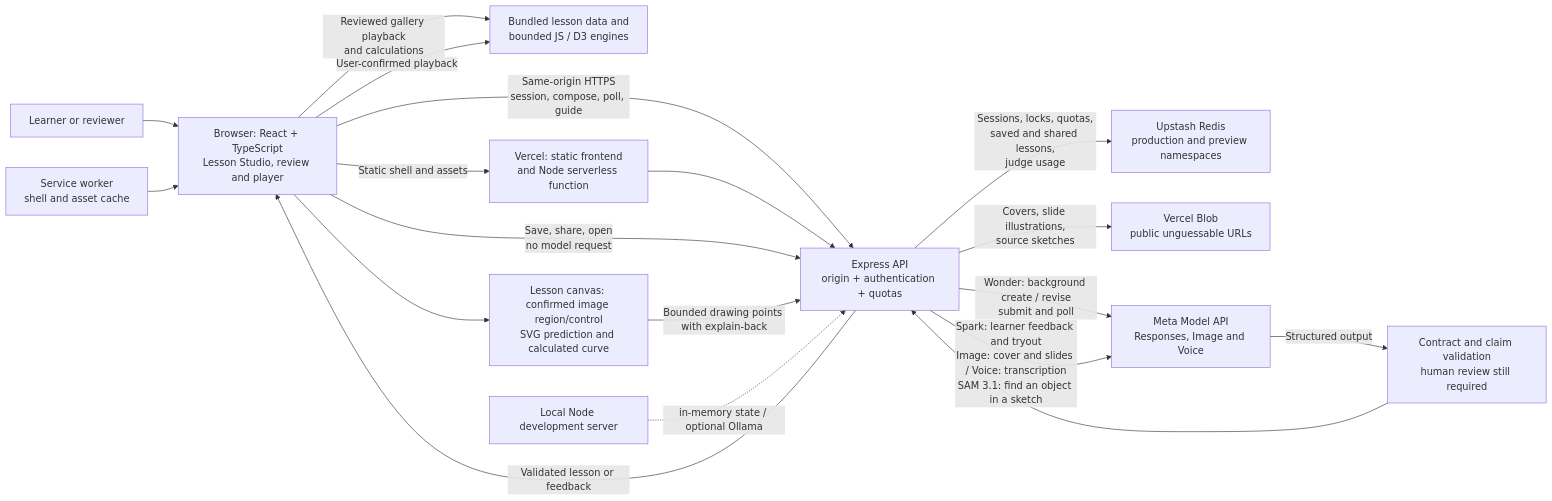
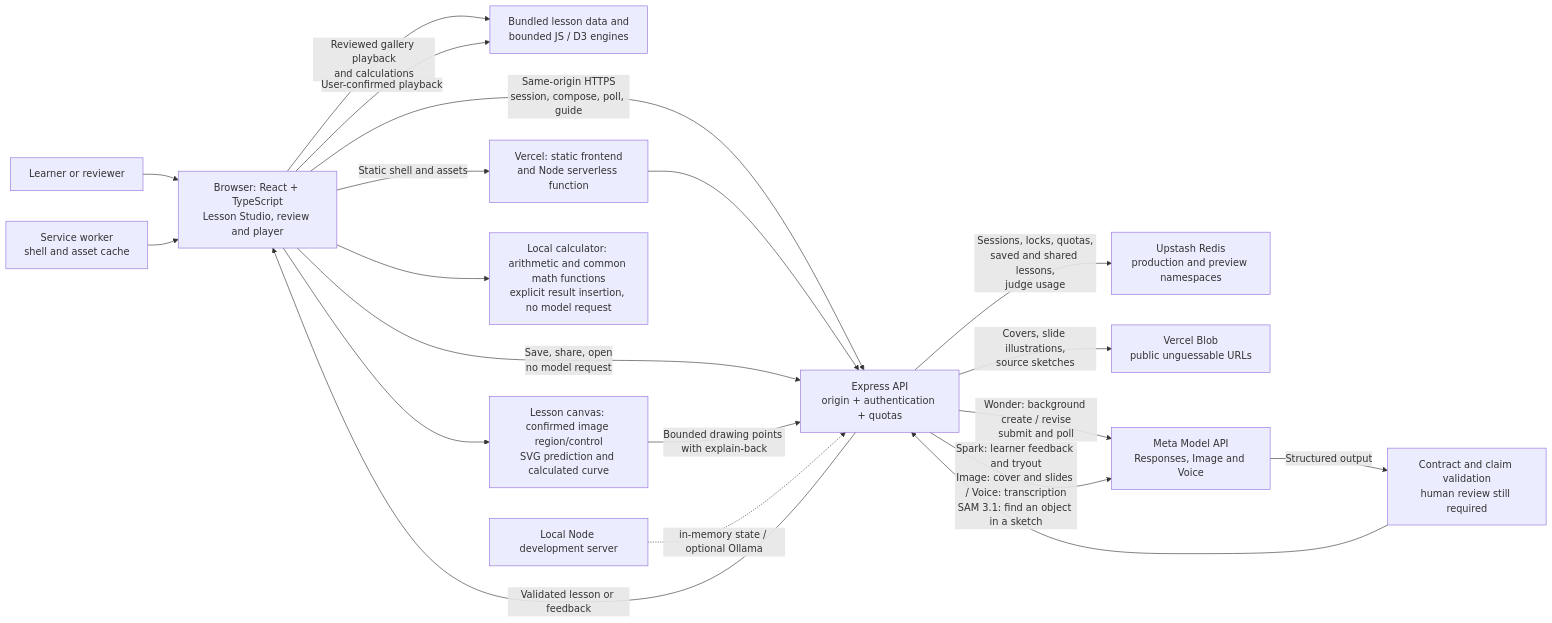
One commit to dorangao/explainbackapp changed the diagram in docs/architecture.md. Above: the diagram before and after it, drawn with Mermaid. The commit also changed other lines of this file and 10 other files, not shown here.

````diff
--- a/docs/architecture.md
+++ b/docs/architecture.md
@@ -5,21 +5,22 @@
 ```mermaid
 flowchart LR
   Learner["Learner or reviewer"] --> Browser["Browser: React + TypeScript<br/>Lesson Studio, review and player"]
   Browser -->|"Reviewed gallery playback<br/>and calculations"| Engine["Bundled lesson data and<br/>bounded JS / D3 engines"]
   Browser -->|"Static shell and assets"| Vercel["Vercel: static frontend<br/>and Node serverless function"]
   SW["Service worker<br/>shell and asset cache"] --> Browser
   Browser -->|"Same-origin HTTPS<br/>session, compose, poll, guide"| API["Express API<br/>origin + authentication + quotas"]
   Vercel --> API
   API -->|"Sessions, locks, quotas,<br/>saved and shared lessons,<br/>judge usage"| Redis["Upstash Redis<br/>production and preview namespaces"]
   API -->|"Covers, slide illustrations,<br/>source sketches"| Blob["Vercel Blob<br/>public unguessable URLs"]
   Browser -->|"Save, share, open<br/>no model request"| API
   API -->|"Wonder: background create / revise<br/>submit and poll"| Meta["Meta Model API<br/>Responses, Image and Voice"]
   API -->|"Spark: learner feedback and tryout<br/>Image: cover and slides / Voice: transcription<br/>SAM 3.1: find an object in a sketch"| Meta
   Meta -->|"Structured output"| Validate["Contract and claim validation<br/>human review still required"]
   Validate --> API
   API -->|"Validated lesson or feedback"| Browser
   Browser -->|"User-confirmed playback"| Engine
   Browser --> Canvas["Lesson canvas: confirmed image region/control<br/>SVG prediction and calculated curve"]
+  Browser --> Calculator["Local calculator: arithmetic and common math functions<br/>explicit result insertion, no model request"]
   Canvas -->|"Bounded drawing points with explain-back"| API
   Local["Local Node development server"] -.->|"in-memory state / optional Ollama"| API
 ```
````
